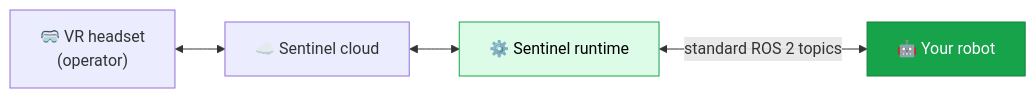
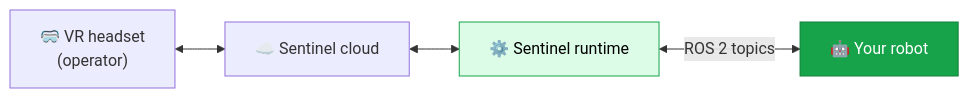
The diagram in index.mdx (avearobotics/docs), drawn with Mermaid before and after one commit. The commit also changed other lines of this file and 10 other files, not shown here.

````diff
--- a/index.mdx
+++ b/index.mdx
@@ -18,9 +18,9 @@
 ```mermaid
 flowchart LR
     H["🥽 VR headset<br/>(operator)"] <--> C["☁️ Sentinel cloud"]
     C <--> R["⚙️ Sentinel runtime"]
-    R <-->|"standard ROS 2 topics"| Y["🤖 Your robot"]
+    R <-->|"ROS 2 topics"| Y["🤖 Your robot"]
 
     style Y fill:#16A34A,color:#fff,stroke:#15803D
     style R fill:#dcfce7,stroke:#16A34A,color:#000
 ```
````
